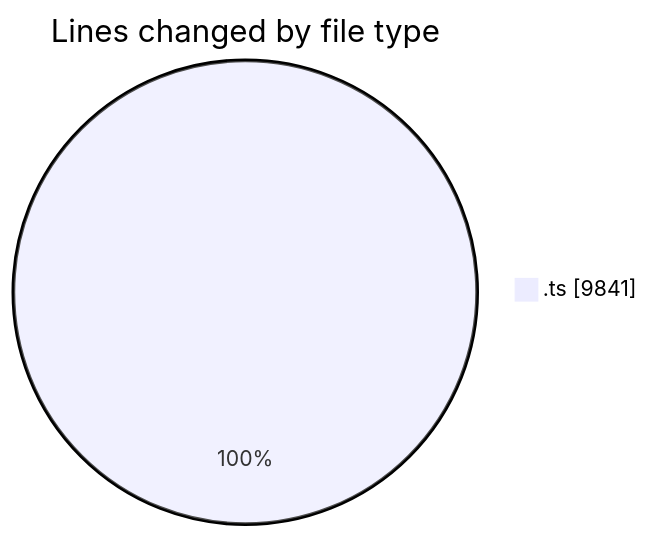
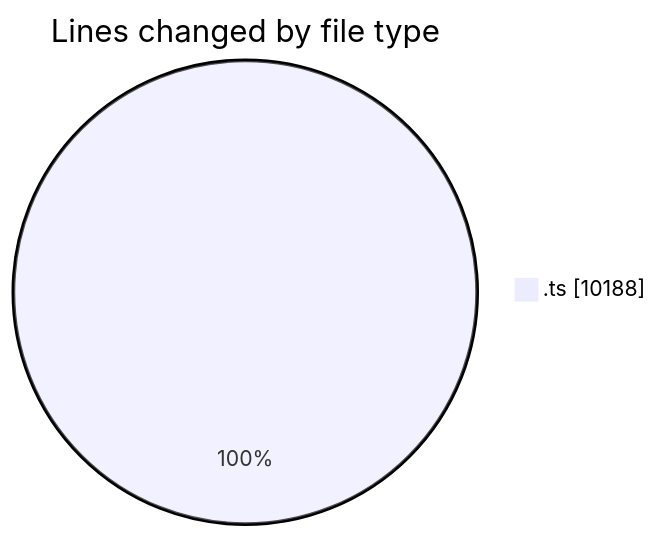
Before and after one commit to momahboobian/code-tracking: the first of 2 diagrams in 2025-09-09/cda/README.md, drawn with Mermaid. The commit also changed other lines of this file and 1 other file, not shown here.

````diff
--- a/2025-09-09/cda/README.md
+++ b/2025-09-09/cda/README.md
@@ -22,5 +22,5 @@
 ```mermaid
 pie showData
 title Lines changed by file type
-".ts" : 9841
+".ts" : 10188
 ```
````
